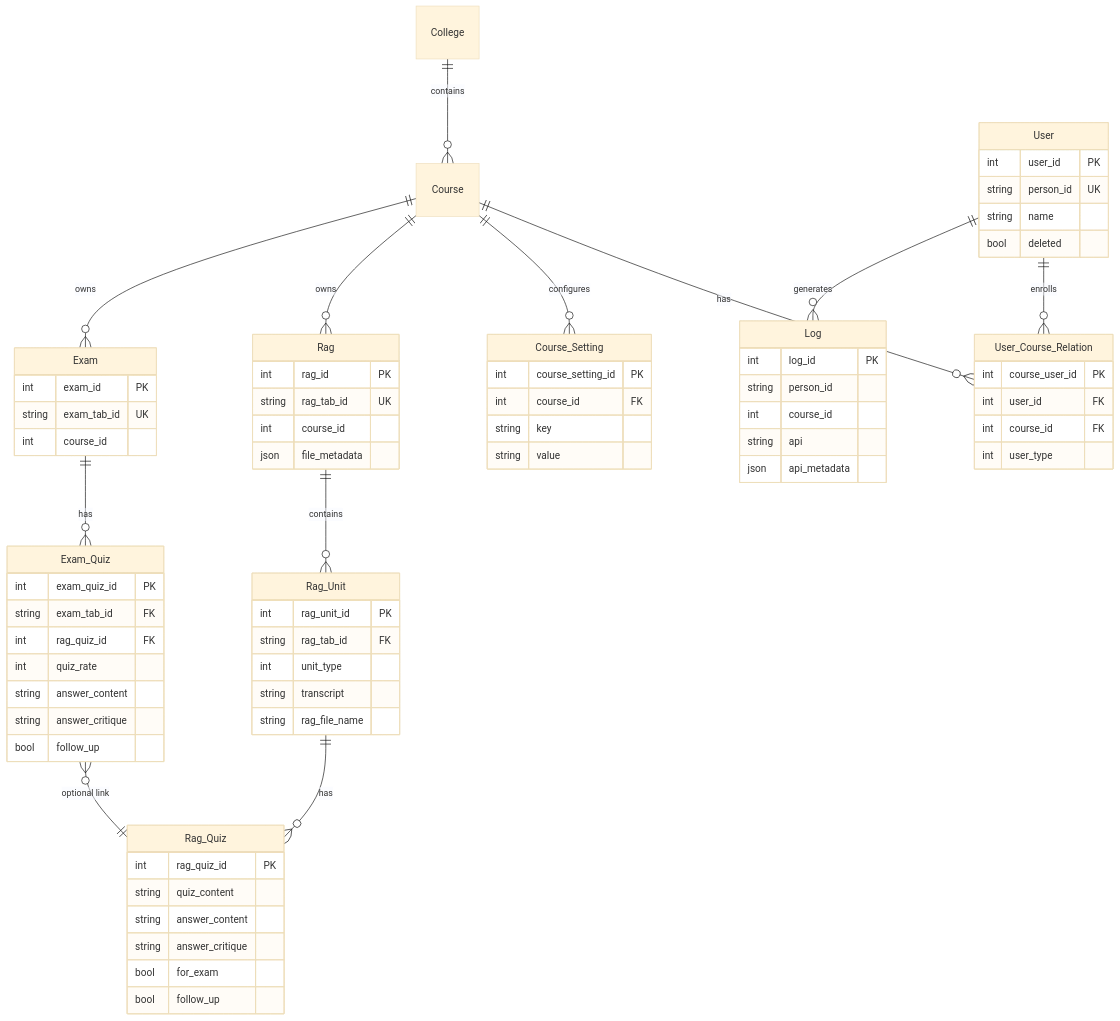
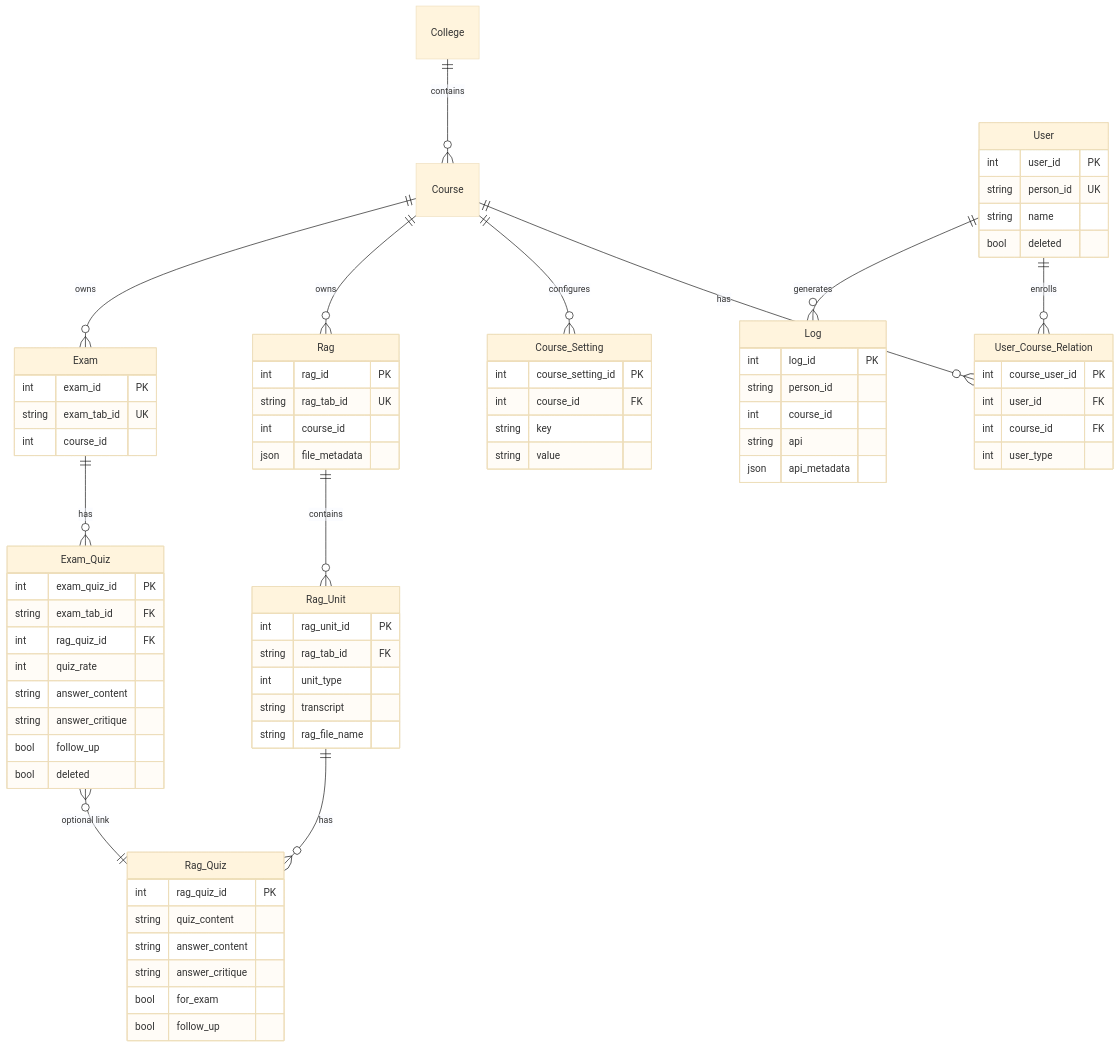
One commit to kevin7261/MyQuiz-ai-backend changed the third of 6 diagrams in README.md. Above: the diagram before and after it, drawn with Mermaid (base theme). The commit also changed other lines of this file and 6 other files, not shown here.

First line of the commit message:
Enhance OpenAPI documentation and implement custom schema sorting

````diff
--- a/README.md
+++ b/README.md
@@ -227,75 +227,76 @@
 ```mermaid
 erDiagram
     College ||--o{ Course : contains
     User ||--o{ User_Course_Relation : enrolls
     Course ||--o{ User_Course_Relation : has
     Course ||--o{ Course_Setting : configures
     Course ||--o{ Rag : owns
     Rag ||--o{ Rag_Unit : contains
     Rag_Unit ||--o{ Rag_Quiz : has
     Course ||--o{ Exam : owns
     Exam ||--o{ Exam_Quiz : has
     Exam_Quiz }o--|| Rag_Quiz : "optional link"
     User ||--o{ Log : generates
 
     User {
         int user_id PK
         string person_id UK
         string name
         bool deleted
     }
     User_Course_Relation {
         int course_user_id PK
         int user_id FK
         int course_id FK
         int user_type
     }
     Rag {
         int rag_id PK
         string rag_tab_id UK
         int course_id
         json file_metadata
     }
     Rag_Unit {
         int rag_unit_id PK
         string rag_tab_id FK
         int unit_type
         string transcript
         string rag_file_name
     }
     Rag_Quiz {
         int rag_quiz_id PK
         string quiz_content
         string answer_content
         string answer_critique
         bool for_exam
         bool follow_up
     }
     Exam {
         int exam_id PK
         string exam_tab_id UK
         int course_id
     }
     Exam_Quiz {
         int exam_quiz_id PK
         string exam_tab_id FK
         int rag_quiz_id FK
         int quiz_rate
         string answer_content
         string answer_critique
         bool follow_up
+        bool deleted
     }
     Course_Setting {
         int course_setting_id PK
         int course_id FK
         string key
         string value
     }
     Log {
         int log_id PK
         string person_id
         int course_id
         string api
         json api_metadata
     }
 ```
````
